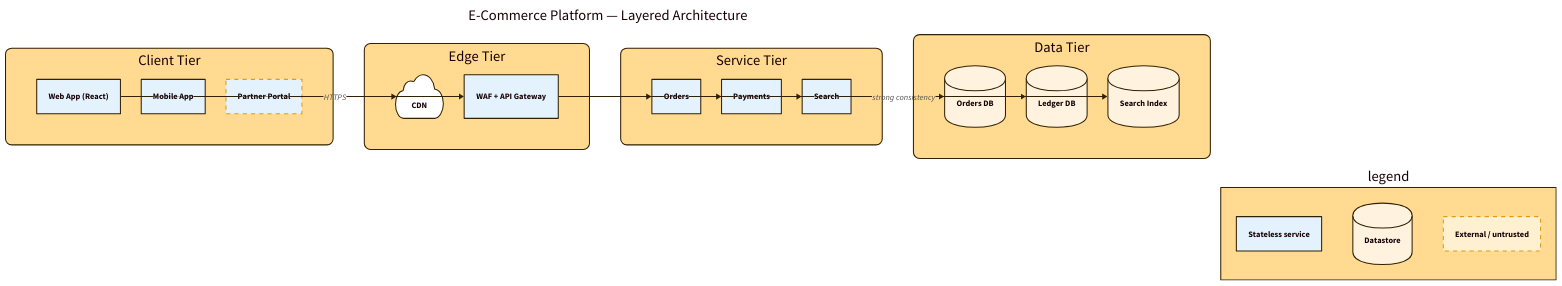
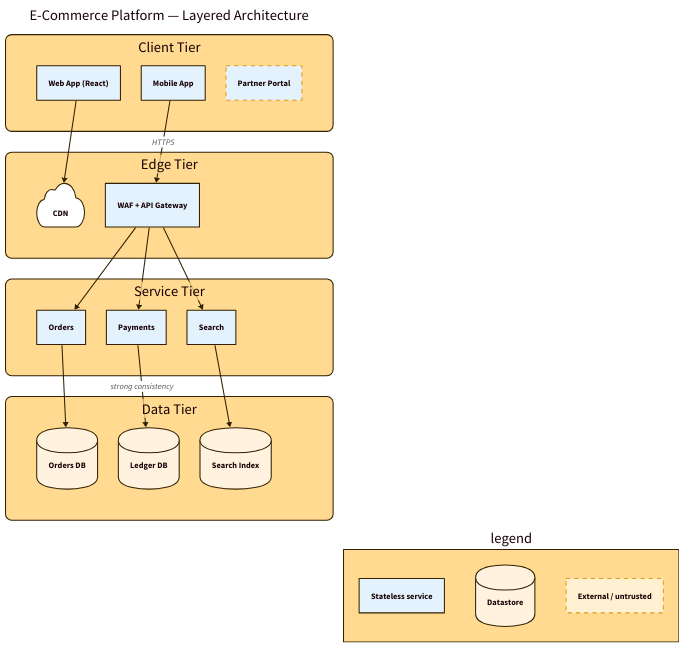
Before and after one commit to aksdrx/d2-mcp: the diagram in skills/d2-diagrams/examples/architecture-grid.d2, drawn with D2. The commit also changed 11 other files, not shown here.

First line of the commit message:
visual quality gate: edge-over-shape detection, gate script, fix 3 showcase diagrams

```diff
--- a/skills/d2-diagrams/examples/architecture-grid.d2
+++ b/skills/d2-diagrams/examples/architecture-grid.d2
@@ -1,80 +1,87 @@
-# Layered architecture, positioned with grid-rows.
-# Renders identically on dagre/elk/tala.
+# Layered architecture, tiers stacked with a root-level grid.
+# Bake-off (this file, d2 v0.9.0): dagre 1377x1306 (a=1.05), elk 1337x1310
+# (a=1.02), tala 1039x1502 (a=0.69); 0 crossings, 0 edge-over-shape on all —
+# dagre pinned below. Aspect inside the 3:2-16:9 band.
 
 vars: {
   d2-config: {
+    layout-engine: dagre
     theme-id: 105
     pad: 40
   }
 }
 
 title: E-Commerce Platform — Layered Architecture {
   near: top-center
   shape: text
   style.font-size: 28
 }
 
 classes: {
   layer: {
     style: {
       border-radius: 12
       stroke-width: 2
     }
   }
   stateless: {style.fill: "#E3F2FD"}
   stateful: {shape: cylinder; style.fill: "#FFF3E0"}
   external: {style.stroke-dash: 4}
 }
 
+# Root-level grid: one row per tier, stacked top to bottom.
+# (grid-* on a container alone makes siblings arrange left-to-right on
+# dagre/elk regardless of direction — the root grid is what stacks them.)
+grid-rows: 4
 direction: down
 
 client: Client Tier {
   class: layer
   grid-columns: 3
 
   web: Web App (React) {class: stateless}
   mobile: Mobile App {class: stateless}
   partner: Partner Portal {class: [stateless; external]}
 }
 
 edge: Edge Tier {
   class: layer
   grid-columns: 2
 
   cdn: CDN {shape: cloud}
   waf: WAF + API Gateway {class: stateless}
 }
 
 services: Service Tier {
   class: layer
-  grid-rows: 1
+  grid-columns: 3
 
   orders: Orders {class: stateless}
   payments: Payments {class: stateless}
   search: Search {class: stateless}
 }
 
 data: Data Tier {
   class: layer
-  grid-rows: 1
+  grid-columns: 3
 
   orders_db: Orders DB {class: stateful}
   ledger: Ledger DB {class: stateful}
   index: Search Index {class: stateful}
 }
 
 client.web -> edge.cdn
 client.mobile -> edge.waf: HTTPS
 edge.waf -> services.orders
 edge.waf -> services.payments
 edge.waf -> services.search
 services.orders -> data.orders_db
 services.payments -> data.ledger: strong consistency
 services.search -> data.index
 
 legend: {
   near: bottom-right
   s: Stateless service {style.fill: "#E3F2FD"}
   d: Datastore {shape: cylinder; style.fill: "#FFF3E0"}
   e: External / untrusted {style.stroke-dash: 4}
 }
```
